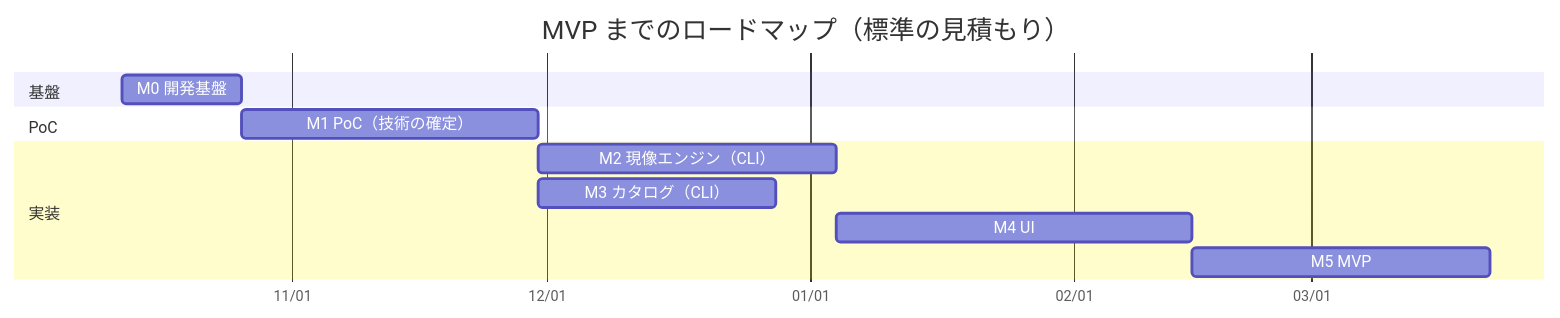
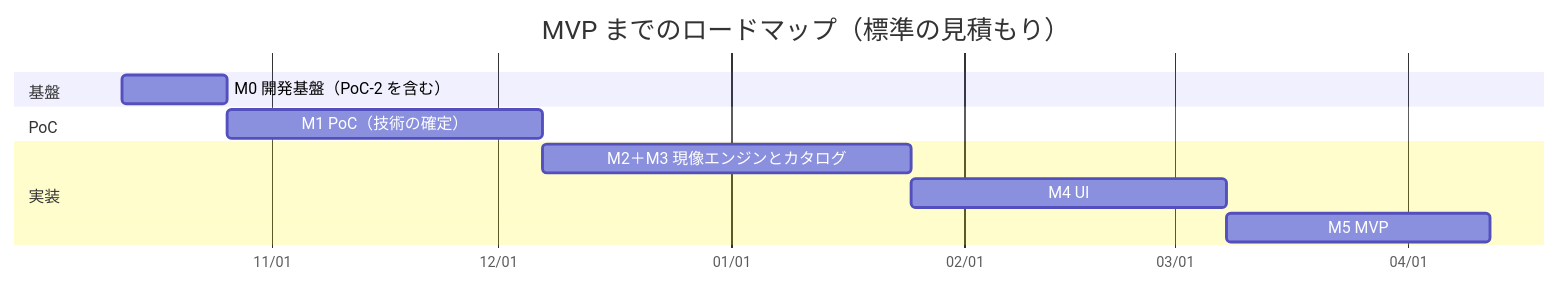
Before and after one commit to tokamocchi/GenzoParis: the second of 2 diagrams in docs/05_poc_and_roadmap.md, drawn with Mermaid. The commit also changed other lines of this file and 6 other files, not shown here.

````diff
--- a/docs/05_poc_and_roadmap.md
+++ b/docs/05_poc_and_roadmap.md
@@ -154,15 +187,14 @@
 ```mermaid
 gantt
   title MVP までのロードマップ（標準の見積もり）
   dateFormat YYYY-MM-DD
   axisFormat %m/%d
   section 基盤
-  M0 開発基盤           :m0, 2026-10-12, 14d
+  M0 開発基盤（PoC-2 を含む） :m0, 2026-10-12, 14d
   section PoC
-  M1 PoC（技術の確定）   :m1, after m0, 35d
+  M1 PoC（技術の確定）        :m1, after m0, 42d
   section 実装
-  M2 現像エンジン（CLI） :m2, after m1, 35d
-  M3 カタログ（CLI）     :m3, after m1, 28d
-  M4 UI                 :m4, after m2, 42d
-  M5 MVP                :m5, after m4, 35d
+  M2＋M3 現像エンジンとカタログ :m23, after m1, 49d
+  M4 UI                      :m4, after m23, 42d
+  M5 MVP                     :m5, after m4, 35d
 ```
````
